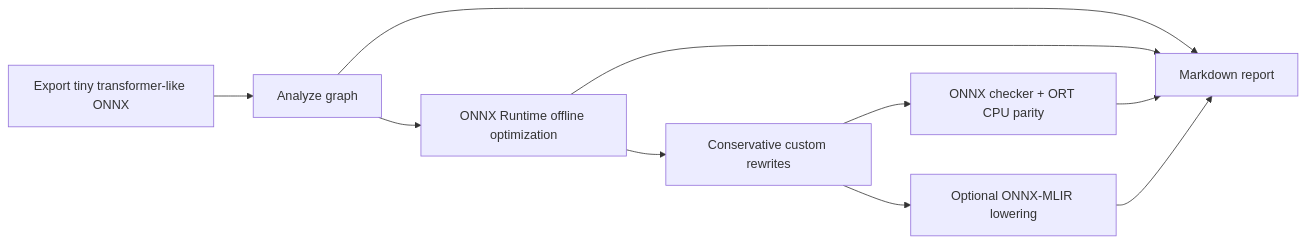
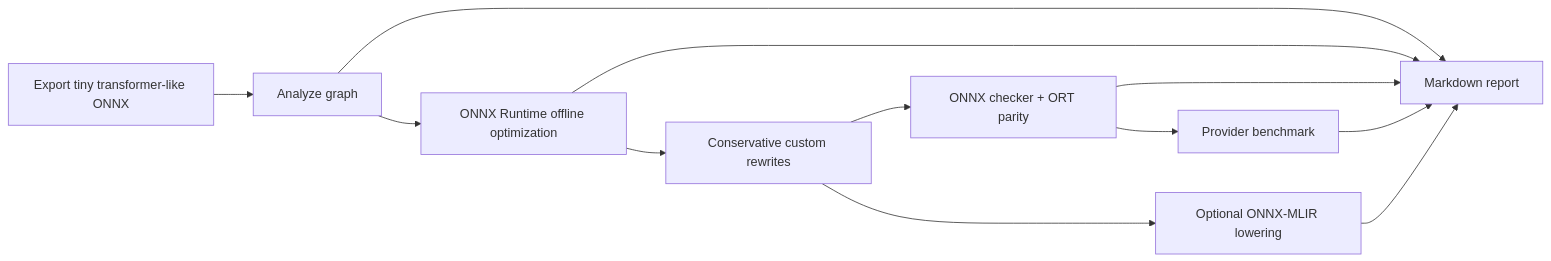
The diagram in README.md (KOKOSde/transformer-compiler-workbench), drawn with Mermaid before and after one commit. The commit also changed other lines of this file and 17 other files, not shown here.

Commit message:
Add provider benchmark workflow

````diff
--- a/README.md
+++ b/README.md
@@ -25,12 +25,14 @@
 ```mermaid
 flowchart LR
     A["Export tiny transformer-like ONNX"] --> B["Analyze graph"]
     B --> C["ONNX Runtime offline optimization"]
     C --> D["Conservative custom rewrites"]
-    D --> E["ONNX checker + ORT CPU parity"]
+    D --> E["ONNX checker + ORT parity"]
+    E --> H["Provider benchmark"]
     D --> F["Optional ONNX-MLIR lowering"]
     B --> G["Markdown report"]
     C --> G
     E --> G
+    H --> G
     F --> G
 ```
````
